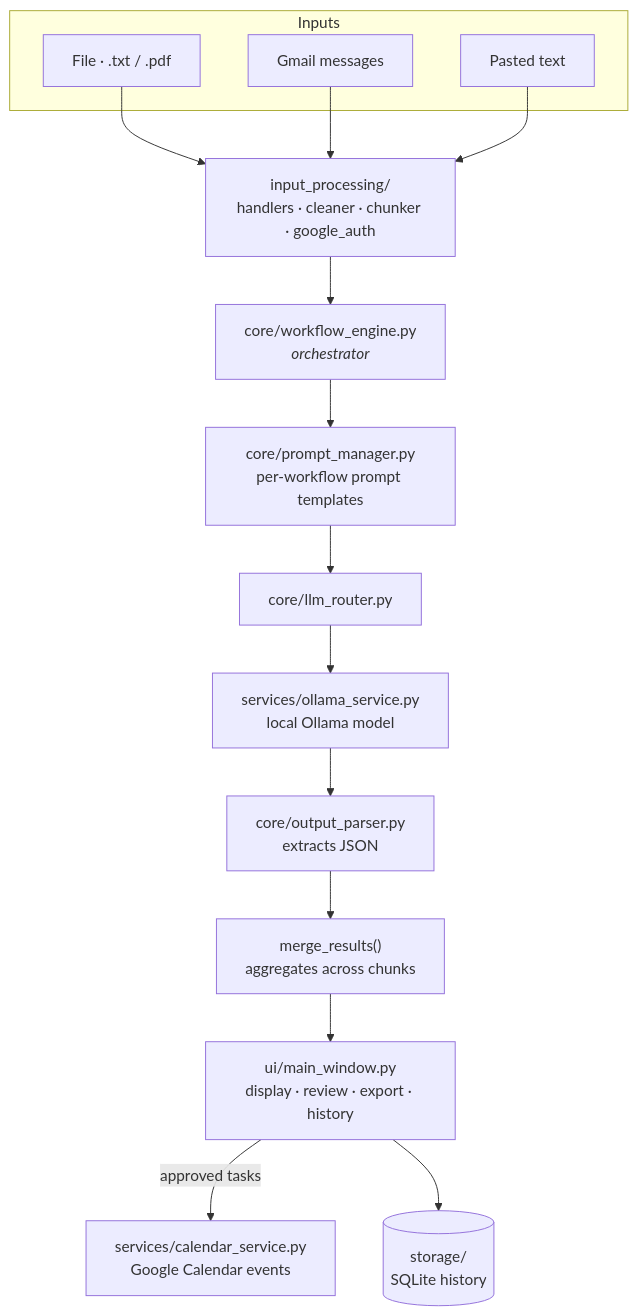
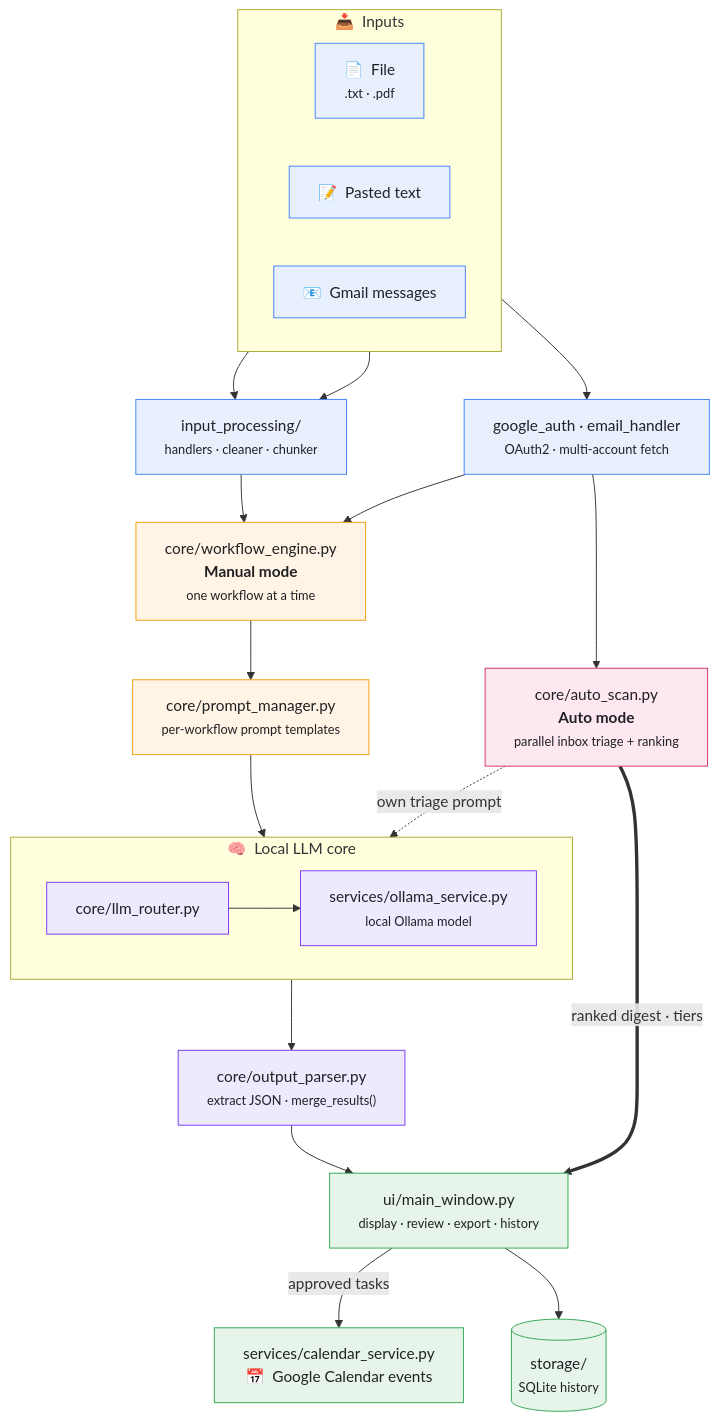
One commit to SaixAbhinav/Workflow_copilot changed the diagram in README.md. Above: the diagram before and after it, drawn with Mermaid. The commit also changed other lines of this file, not shown here.

Commit message:
Document Auto mode and rework the architecture diagram
Add a dedicated Auto mode section plus a Features bullet covering the
parallel inbox-triage feature (core/auto_scan.py), which was previously
undocumented. Redraw the architecture diagram with color-coded Manual
and Auto lanes feeding a shared local-LLM core.

````diff
--- a/README.md
+++ b/README.md
@@ -84,18 +122,45 @@
 ```mermaid
 flowchart TD
-    subgraph Inputs
-        F[File · .txt / .pdf]
-        G[Gmail messages]
-        T[Pasted text]
+    subgraph IN[" 📥 &nbsp;Inputs "]
+        direction LR
+        F["📄 &nbsp;File<br/><small>.txt · .pdf</small>"]
+        T["📝 &nbsp;Pasted text"]
+        G["📧 &nbsp;Gmail messages"]
     end
-    F & G & T --> IP["input_processing/<br/>handlers · cleaner · chunker · google_auth"]
-    IP --> WE["core/workflow_engine.py<br/><i>orchestrator</i>"]
-    WE --> PM["core/prompt_manager.py<br/>per-workflow prompt templates"]
-    PM --> LR["core/llm_router.py"]
-    LR --> OS["services/ollama_service.py<br/>local Ollama model"]
-    OS --> OP["core/output_parser.py<br/>extracts JSON"]
-    OP --> MR["merge_results()<br/>aggregates across chunks"]
-    MR --> UI["ui/main_window.py<br/>display · review · export · history"]
-    UI -->|approved tasks| CAL["services/calendar_service.py<br/>Google Calendar events"]
-    UI --> DB[("storage/<br/>SQLite history")]
+
+    F & T --> IP["input_processing/<br/><small>handlers · cleaner · chunker</small>"]
+    G --> GA["google_auth · email_handler<br/><small>OAuth2 · multi-account fetch</small>"]
+
+    IP --> WE["core/workflow_engine.py<br/><b>Manual mode</b><br/><small>one workflow at a time</small>"]
+    GA --> WE
+    GA --> AS["core/auto_scan.py<br/><b>Auto mode</b><br/><small>parallel inbox triage + ranking</small>"]
+
+    WE --> PM["core/prompt_manager.py<br/><small>per-workflow prompt templates</small>"]
+
+    subgraph LLM[" 🧠 &nbsp;Local LLM core "]
+        direction LR
+        LR["core/llm_router.py"] --> OS["services/ollama_service.py<br/><small>local Ollama model</small>"]
+    end
+
+    PM --> LR
+    AS -.->|own triage prompt| LR
+    OS --> OP["core/output_parser.py<br/><small>extract JSON · merge_results()</small>"]
+
+    OP --> UI["ui/main_window.py<br/><small>display · review · export · history</small>"]
+    AS ==>|ranked digest · tiers| UI
+
+    UI -->|approved tasks| CAL["services/calendar_service.py<br/>📅 &nbsp;Google Calendar events"]
+    UI --> DB[("storage/<br/><small>SQLite history</small>")]
+
+    classDef inputs fill:#e8f0fe,stroke:#4285f4,stroke-width:1px,color:#202124;
+    classDef manual fill:#fff4e5,stroke:#f59e0b,stroke-width:1px,color:#202124;
+    classDef auto fill:#fde7f0,stroke:#d6336c,stroke-width:1px,color:#202124;
+    classDef llm fill:#ede9fe,stroke:#7c3aed,stroke-width:1px,color:#202124;
+    classDef sink fill:#e6f4ea,stroke:#34a853,stroke-width:1px,color:#202124;
+
+    class F,T,G,IP,GA inputs;
+    class WE,PM manual;
+    class AS auto;
+    class LR,OS,OP llm;
+    class UI,CAL,DB sink;
 ```
````
